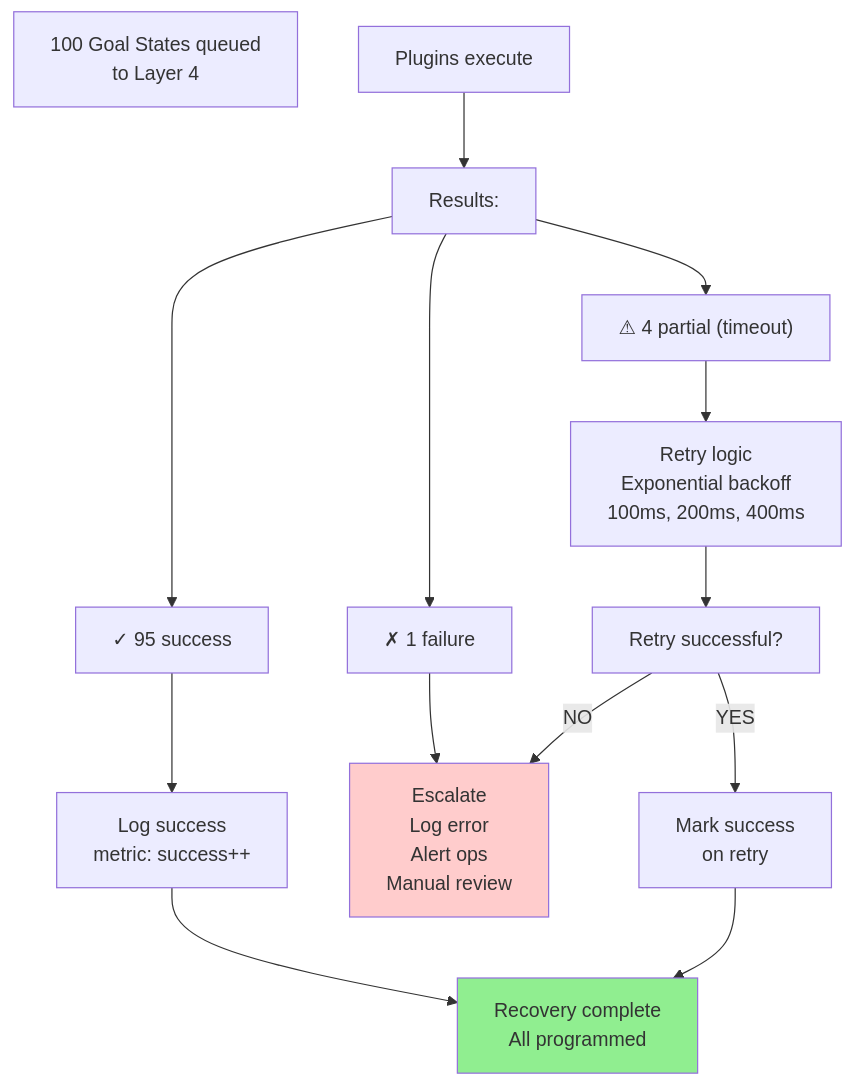
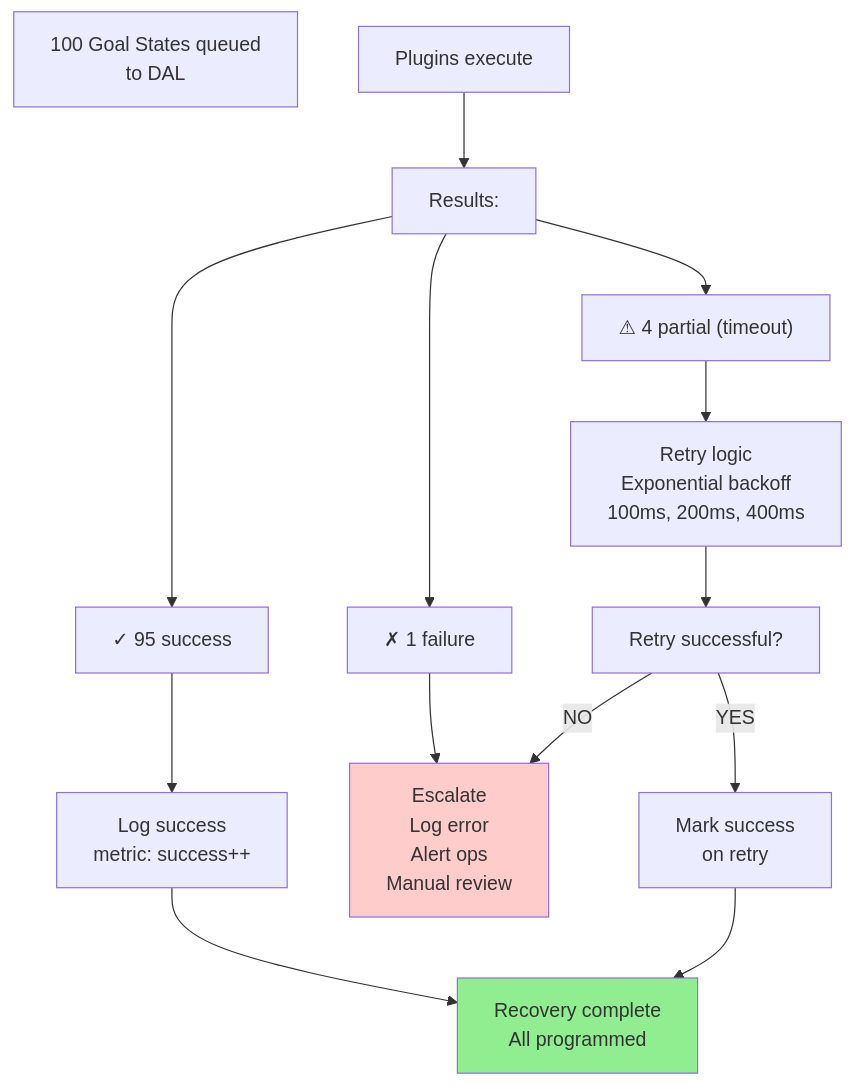
The eighth of 9 diagrams in docs/FM-Designs/FM_DESIGN_LAYER3_SOUTHBOUND_SUPER_ENHANCED.md (rashmirrout/DashFabric), drawn with Mermaid before and after one commit. The commit also changed other lines of this file and 32 other files, not shown here.

````diff
--- a/docs/FM-Designs/FM_DESIGN_LAYER3_SOUTHBOUND_SUPER_ENHANCED.md
+++ b/docs/FM-Designs/FM_DESIGN_LAYER3_SOUTHBOUND_SUPER_ENHANCED.md
@@ -455,35 +455,35 @@
 ```mermaid
 graph TD
-    A["100 Goal States queued<br/>to Layer 4"]
+    A["100 Goal States queued<br/>to DAL"]
     
     B["Plugins execute"]
     
     C["Results:"]
     C1["✓ 95 success"]
     C2["⚠ 4 partial (timeout)"]
     C3["✗ 1 failure"]
     
     C --> C1
     C --> C2
     C --> C3
     
     B --> C
     
     C1 --> D["Log success<br/>metric: success++"]
     
     C2 --> E["Retry logic<br/>Exponential backoff<br/>100ms, 200ms, 400ms"]
     
     C3 --> F["Escalate<br/>Log error<br/>Alert ops<br/>Manual review"]
     
     E --> G["Retry successful?"]
     
     G -->|"YES"| H["Mark success<br/>on retry"]
     
     G -->|"NO"| F
     
     D --> I["Recovery complete<br/>All programmed"]
     H --> I
     
     style I fill:#90EE90
     style F fill:#ffcccc
 ```
````
